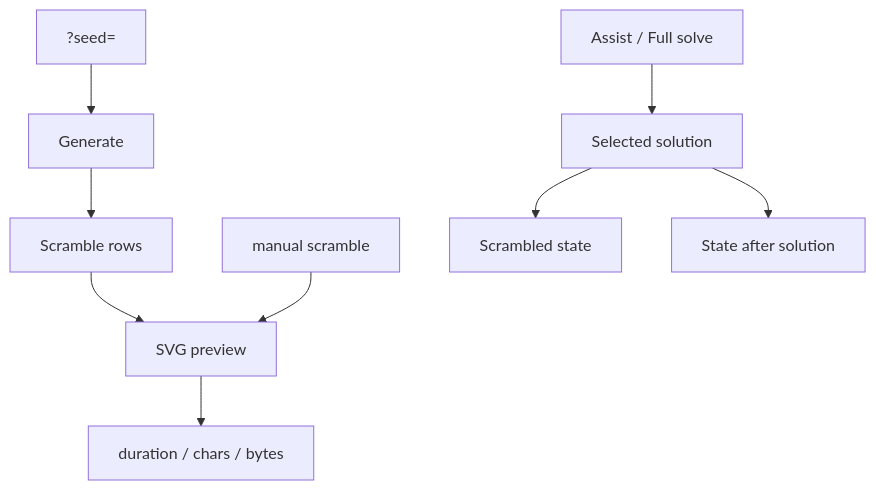
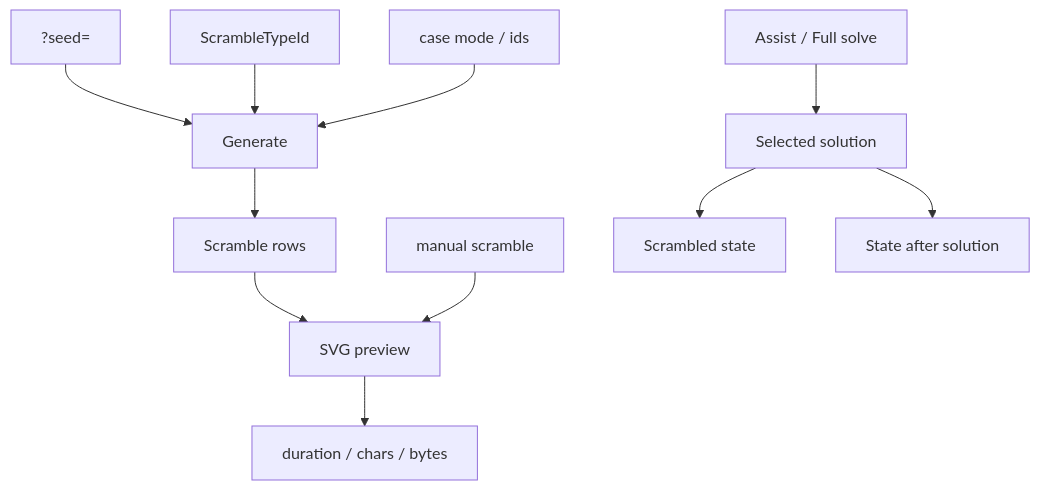
The diagram in docs/apps/playground/diagnostics-and-e2e.md (deweyou/cube-kit), drawn with Mermaid before and after one commit. The commit also changed other lines of this file and 85 other files, not shown here.

````diff
--- a/docs/apps/playground/diagnostics-and-e2e.md
+++ b/docs/apps/playground/diagnostics-and-e2e.md
@@ -3,11 +3,13 @@
 ```mermaid
 flowchart TD
     Seed["?seed=<integer>"] --> Generate["Generate"]
+    Type["ScrambleTypeId"] --> Generate
+    Cases["case mode / ids"] --> Generate
     Generate --> Rows["Scramble rows"]
     Rows --> Preview["SVG preview"]
     Preview --> Diagnostics["duration / chars / bytes"]
     Manual["manual scramble"] --> Preview
     Solve["Assist / Full solve"] --> Select["Selected solution"]
     Select --> Before["Scrambled state"]
     Select --> After["State after solution"]
 ```
````
